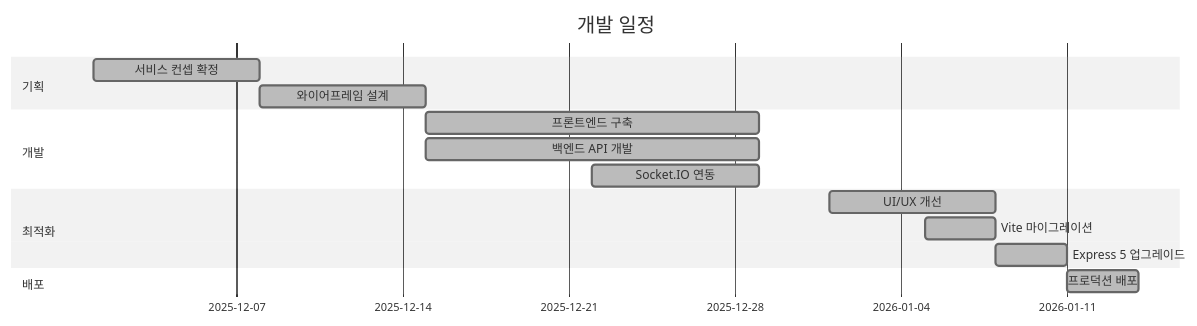
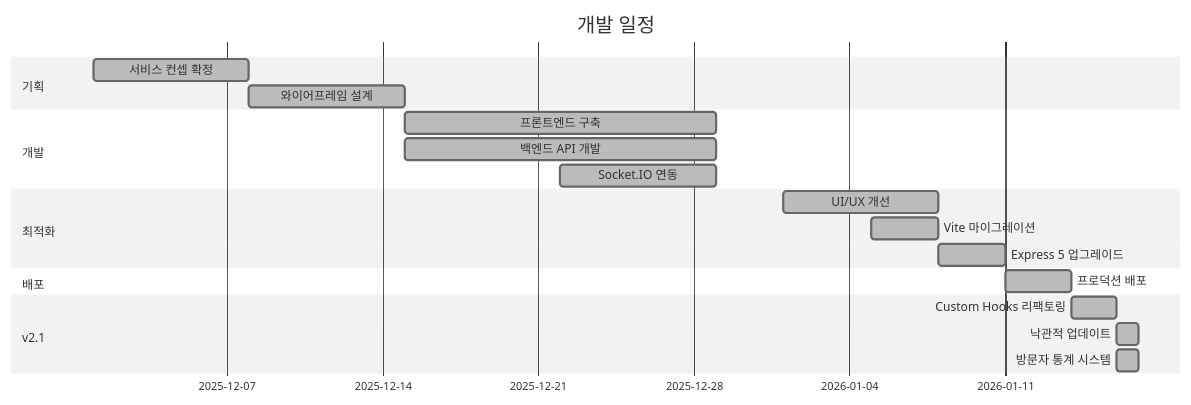
One commit to doublesilver/subway-board changed diagram 11 of 11 in README.md. Above: the diagram before and after it, drawn with Mermaid (neutral theme). The commit also changed other lines of this file, not shown here.

````diff
--- a/README.md
+++ b/README.md
@@ -465,18 +534,22 @@
 ```mermaid
 gantt
     title 개발 일정
     dateFormat  YYYY-MM-DD
     section 기획
     서비스 컨셉 확정     :done, 2025-12-01, 7d
     와이어프레임 설계    :done, 2025-12-08, 7d
     section 개발
     프론트엔드 구축      :done, 2025-12-15, 14d
     백엔드 API 개발      :done, 2025-12-15, 14d
     Socket.IO 연동       :done, 2025-12-22, 7d
     section 최적화
     UI/UX 개선          :done, 2026-01-01, 7d
     Vite 마이그레이션   :done, 2026-01-05, 3d
     Express 5 업그레이드 :done, 2026-01-08, 3d
     section 배포
     프로덕션 배포        :done, 2026-01-11, 3d
+    section v2.1
+    Custom Hooks 리팩토링 :done, 2026-01-14, 2d
+    낙관적 업데이트      :done, 2026-01-16, 1d
+    방문자 통계 시스템   :done, 2026-01-16, 1d
 ```
````
